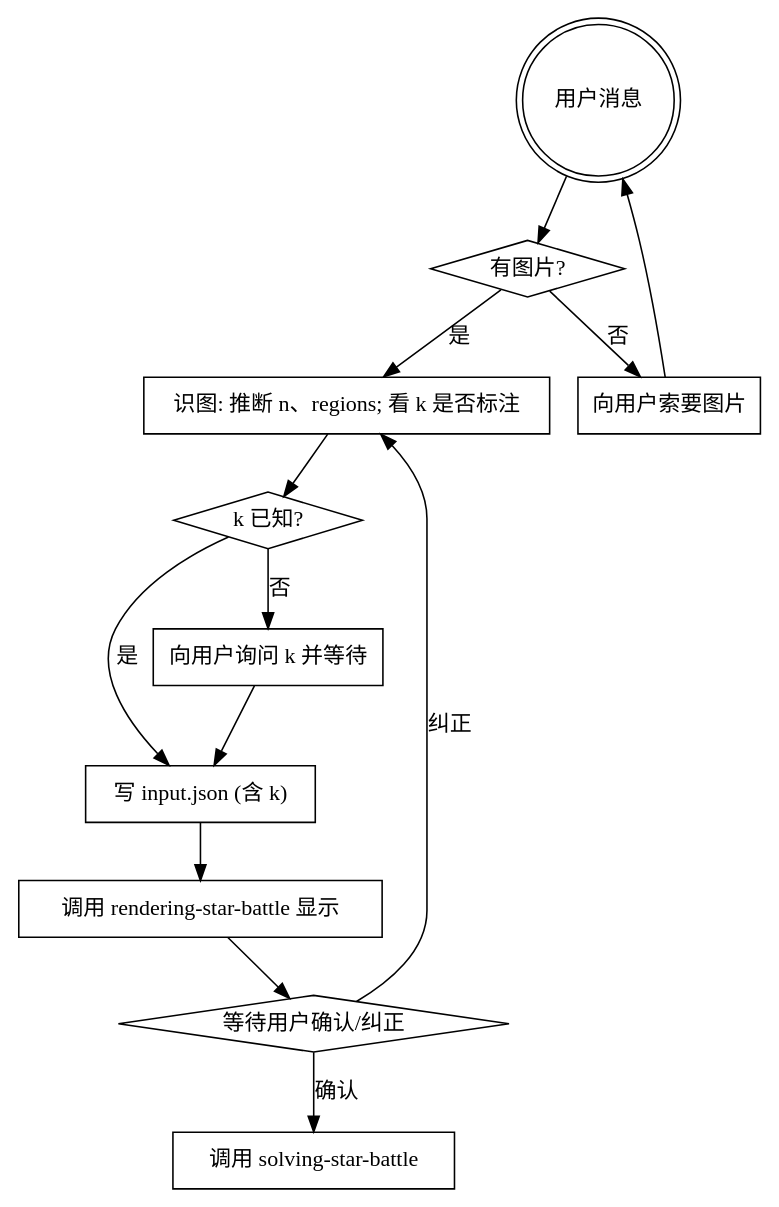
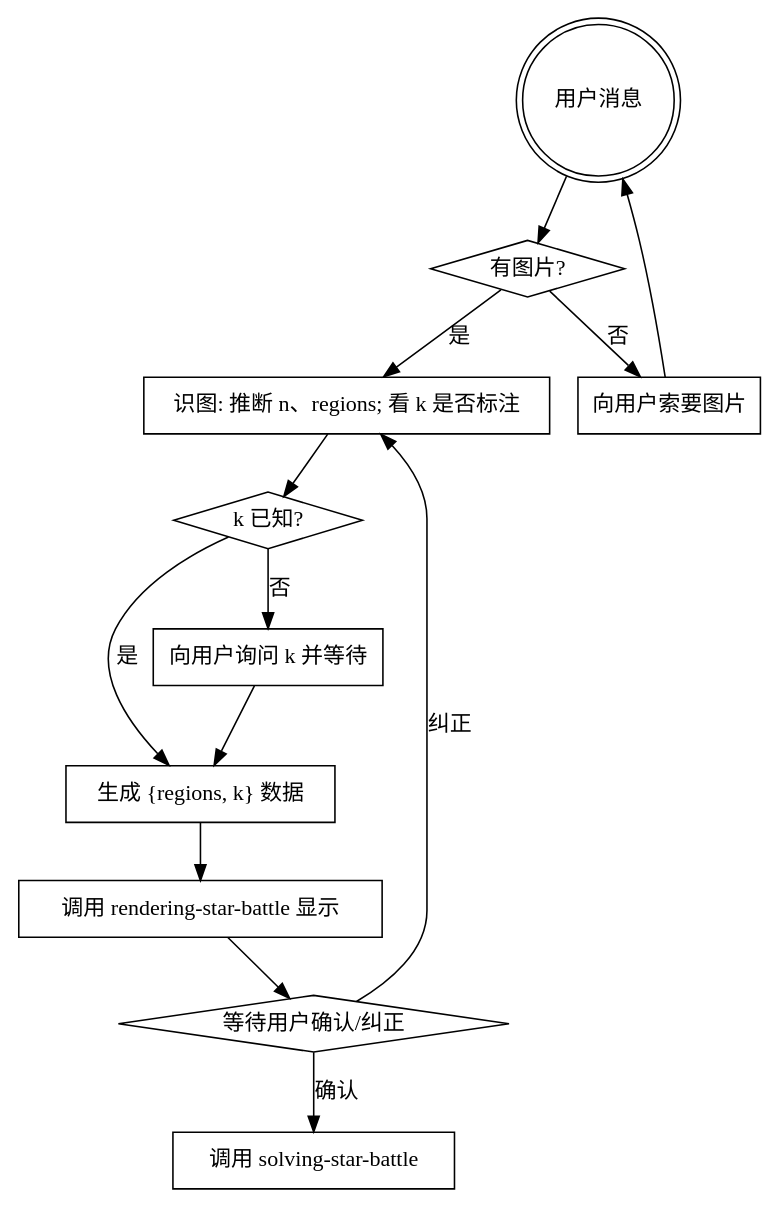
Before and after one commit to HakurouKen/puzzle-solver: the diagram in packages/star-battle/skills/decoding-star-battle/SKILL.md, drawn with Graphviz. The commit also changed other lines of this file and 12 other files, not shown here.

````diff
--- a/packages/star-battle/skills/decoding-star-battle/SKILL.md
+++ b/packages/star-battle/skills/decoding-star-battle/SKILL.md
@@ -12,25 +12,25 @@
 ```dot
 digraph flow {
     "用户消息" [shape=doublecircle];
     "有图片?" [shape=diamond];
     "向用户索要图片" [shape=box];
     "识图: 推断 n、regions; 看 k 是否标注" [shape=box];
     "k 已知?" [shape=diamond];
     "向用户询问 k 并等待" [shape=box];
-    "写 input.json (含 k)" [shape=box];
+    "生成 {regions, k} 数据" [shape=box];
     "调用 rendering-star-battle 显示" [shape=box];
     "等待用户确认/纠正" [shape=diamond];
     "调用 solving-star-battle" [shape=box];
     "用户消息" -> "有图片?";
     "有图片?" -> "识图: 推断 n、regions; 看 k 是否标注" [label="是"];
     "有图片?" -> "向用户索要图片" [label="否"];
     "向用户索要图片" -> "用户消息";
     "识图: 推断 n、regions; 看 k 是否标注" -> "k 已知?";
-    "k 已知?" -> "写 input.json (含 k)" [label="是"];
+    "k 已知?" -> "生成 {regions, k} 数据" [label="是"];
     "k 已知?" -> "向用户询问 k 并等待" [label="否"];
-    "向用户询问 k 并等待" -> "写 input.json (含 k)";
-    "写 input.json (含 k)" -> "调用 rendering-star-battle 显示" -> "等待用户确认/纠正";
+    "向用户询问 k 并等待" -> "生成 {regions, k} 数据";
+    "生成 {regions, k} 数据" -> "调用 rendering-star-battle 显示" -> "等待用户确认/纠正";
     "等待用户确认/纠正" -> "调用 solving-star-battle" [label="确认"];
     "等待用户确认/纠正" -> "识图: 推断 n、regions; 看 k 是否标注" [label="纠正"];
 }
 ```
````
